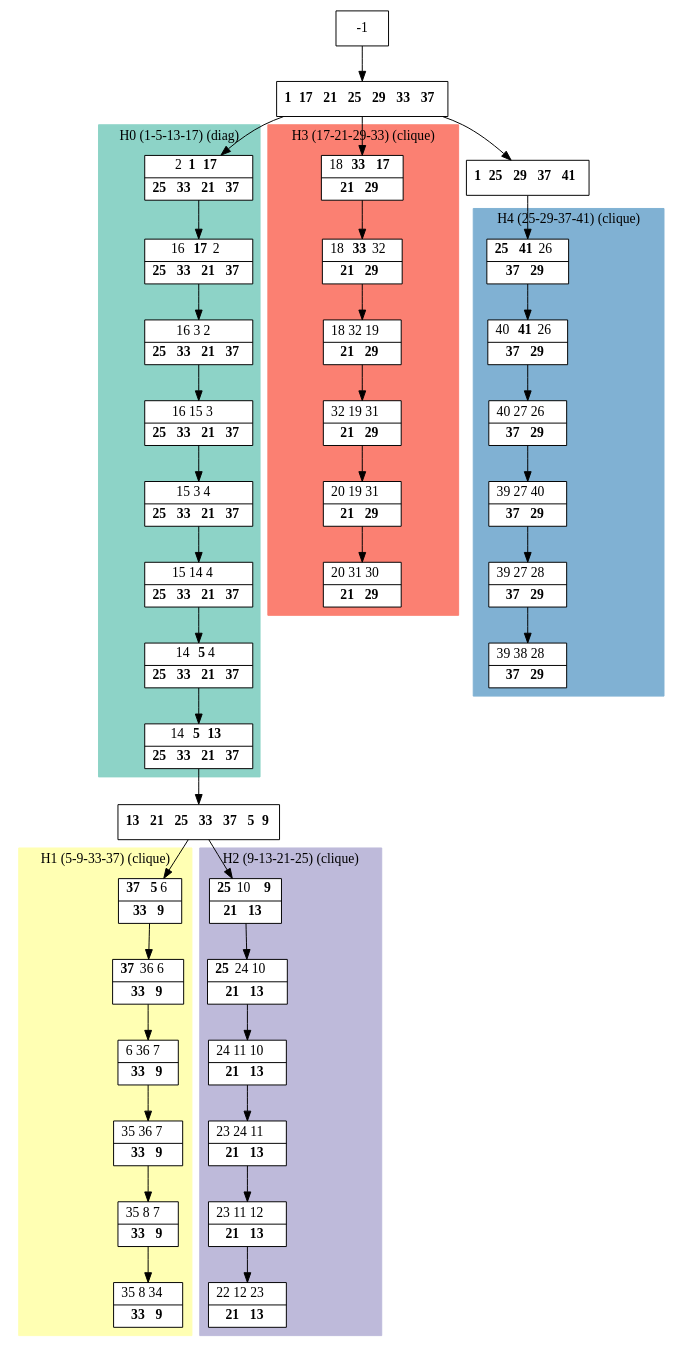
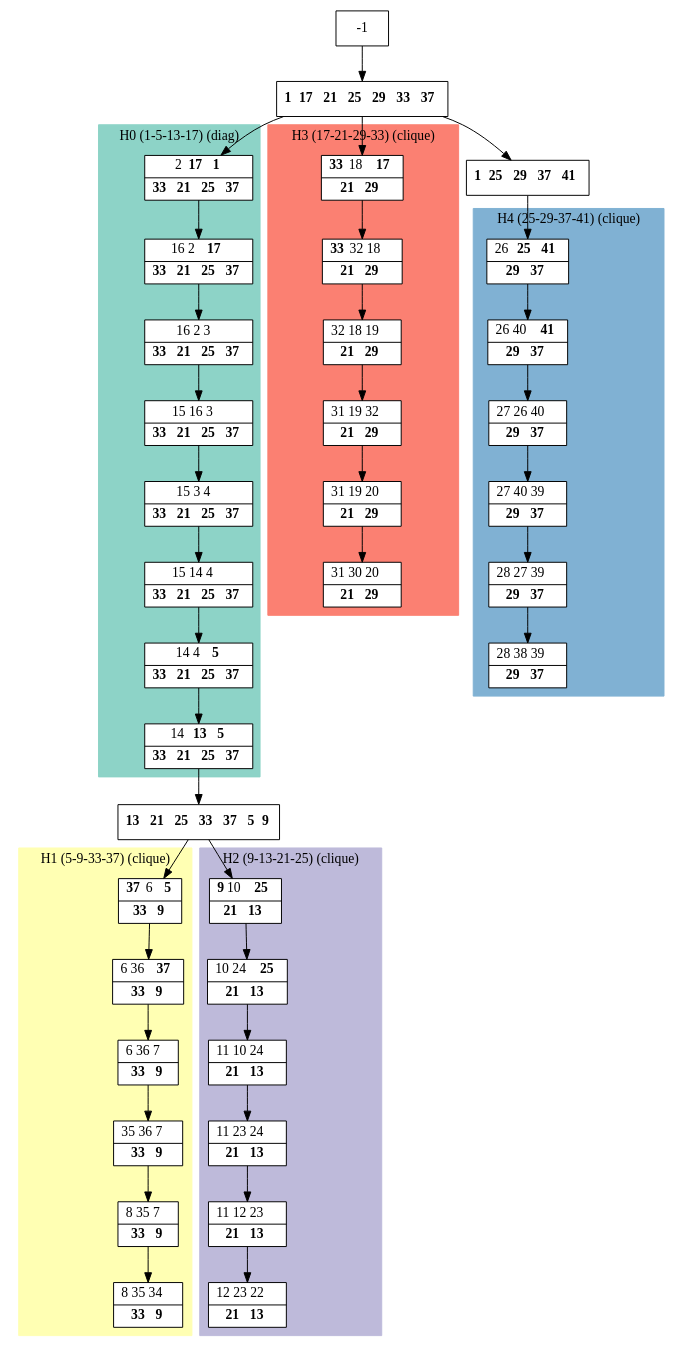
One commit to bmarchand/auto-dp changed the diagram in results/dot_files/processed_C5.dot. Above: the diagram before and after it, drawn with Graphviz. The commit also changed 56 other files, not shown here.

```diff
--- a/results/dot_files/processed_C5.dot
+++ b/results/dot_files/processed_C5.dot
@@ -1,86 +1,86 @@
 digraph G {
     node [shape=box];
     subgraph cluster0 {
         node [style=filled,fillcolor=white];
         labeljust="l";
         style=filled;
         color="#8DD3C7";
         H0_0 -> H0_1 -> H0_2 -> H0_3 -> H0_4 -> H0_5 -> H0_6 -> H0_7;
         label="H0 (1-5-13-17) (diag)";
     }
     subgraph cluster1 {
         node [style=filled,fillcolor=white];
         labeljust="l";
         style=filled;
         color="#FFFFB3";
         H1_0 -> H1_1 -> H1_2 -> H1_3 -> H1_4 -> H1_5;
         label="H1 (5-9-33-37) (clique)";
     }
     subgraph cluster2 {
         node [style=filled,fillcolor=white];
         labeljust="l";
         style=filled;
         color="#BEBADA";
         H2_0 -> H2_1 -> H2_2 -> H2_3 -> H2_4 -> H2_5;
         label="H2 (9-13-21-25) (clique)";
     }
     subgraph cluster3 {
         node [style=filled,fillcolor=white];
         labeljust="l";
         style=filled;
         color="#FB8072";
         H3_0 -> H3_1 -> H3_2 -> H3_3 -> H3_4 -> H3_5;
         label="H3 (17-21-29-33) (clique)";
     }
     subgraph cluster4 {
         node [style=filled,fillcolor=white];
         labeljust="l";
         style=filled;
         color="#80B1D3";
         H4_0 -> H4_1 -> H4_2 -> H4_3 -> H4_4 -> H4_5;
         label="H4 (25-29-37-41) (clique)";
     }
      1 [shape=record,label= <{ <b>1</b> <b>17</b> <b>21</b> <b>25</b> <b>29</b> <b>33</b> <b>37</b>}> ];
      -1  ->  1;
-     H0_0 [shape=record,label= <{ 2 <b>1</b> <b>17</b>|  <b>25</b> <b>33</b> <b>21</b> <b>37</b>}> ];
+     H0_0 [shape=record,label= <{ 2 <b>17</b> <b>1</b>|  <b>33</b> <b>21</b> <b>25</b> <b>37</b>}> ];
      1  ->  H0_0;
-     H0_1 [shape=record,label= <{ 16 <b>17</b> 2|  <b>25</b> <b>33</b> <b>21</b> <b>37</b>}> ];
-     H0_2 [shape=record,label= <{ 16 3 2|  <b>25</b> <b>33</b> <b>21</b> <b>37</b>}> ];
-     H0_3 [shape=record,label= <{ 16 15 3|  <b>25</b> <b>33</b> <b>21</b> <b>37</b>}> ];
-     H0_4 [shape=record,label= <{ 15 3 4|  <b>25</b> <b>33</b> <b>21</b> <b>37</b>}> ];
-     H0_5 [shape=record,label= <{ 15 14 4|  <b>25</b> <b>33</b> <b>21</b> <b>37</b>}> ];
-     H0_6 [shape=record,label= <{ 14 <b>5</b> 4|  <b>25</b> <b>33</b> <b>21</b> <b>37</b>}> ];
-     H0_7 [shape=record,label= <{ 14 <b>5</b> <b>13</b>|  <b>25</b> <b>33</b> <b>21</b> <b>37</b>}> ];
+     H0_1 [shape=record,label= <{ 16 2 <b>17</b>|  <b>33</b> <b>21</b> <b>25</b> <b>37</b>}> ];
+     H0_2 [shape=record,label= <{ 16 2 3|  <b>33</b> <b>21</b> <b>25</b> <b>37</b>}> ];
+     H0_3 [shape=record,label= <{ 15 16 3|  <b>33</b> <b>21</b> <b>25</b> <b>37</b>}> ];
+     H0_4 [shape=record,label= <{ 15 3 4|  <b>33</b> <b>21</b> <b>25</b> <b>37</b>}> ];
+     H0_5 [shape=record,label= <{ 15 14 4|  <b>33</b> <b>21</b> <b>25</b> <b>37</b>}> ];
+     H0_6 [shape=record,label= <{ 14 4 <b>5</b>|  <b>33</b> <b>21</b> <b>25</b> <b>37</b>}> ];
+     H0_7 [shape=record,label= <{ 14 <b>13</b> <b>5</b>|  <b>33</b> <b>21</b> <b>25</b> <b>37</b>}> ];
      6 [shape=record,label= <{ <b>13</b> <b>21</b> <b>25</b> <b>33</b> <b>37</b> <b>5</b> <b>9</b>}> ];
      H0_7  ->  6;
-     H1_0 [shape=record,label= <{ <b>37</b> <b>5</b> 6|  <b>33</b> <b>9</b>}> ];
+     H1_0 [shape=record,label= <{ <b>37</b> 6 <b>5</b>|  <b>33</b> <b>9</b>}> ];
      6  ->  H1_0;
-     H1_1 [shape=record,label= <{ <b>37</b> 36 6|  <b>33</b> <b>9</b>}> ];
+     H1_1 [shape=record,label= <{ 6 36 <b>37</b>|  <b>33</b> <b>9</b>}> ];
      H1_2 [shape=record,label= <{ 6 36 7|  <b>33</b> <b>9</b>}> ];
      H1_3 [shape=record,label= <{ 35 36 7|  <b>33</b> <b>9</b>}> ];
-     H1_4 [shape=record,label= <{ 35 8 7|  <b>33</b> <b>9</b>}> ];
-     H1_5 [shape=record,label= <{ 35 8 34|  <b>33</b> <b>9</b>}> ];
-     H2_0 [shape=record,label= <{ <b>25</b> 10 <b>9</b>|  <b>21</b> <b>13</b>}> ];
+     H1_4 [shape=record,label= <{ 8 35 7|  <b>33</b> <b>9</b>}> ];
+     H1_5 [shape=record,label= <{ 8 35 34|  <b>33</b> <b>9</b>}> ];
+     H2_0 [shape=record,label= <{ <b>9</b> 10 <b>25</b>|  <b>21</b> <b>13</b>}> ];
      6  ->  H2_0;
-     H2_1 [shape=record,label= <{ <b>25</b> 24 10|  <b>21</b> <b>13</b>}> ];
-     H2_2 [shape=record,label= <{ 24 11 10|  <b>21</b> <b>13</b>}> ];
-     H2_3 [shape=record,label= <{ 23 24 11|  <b>21</b> <b>13</b>}> ];
-     H2_4 [shape=record,label= <{ 23 11 12|  <b>21</b> <b>13</b>}> ];
-     H2_5 [shape=record,label= <{ 22 12 23|  <b>21</b> <b>13</b>}> ];
-     H3_0 [shape=record,label= <{ 18 <b>33</b> <b>17</b>|  <b>21</b> <b>29</b>}> ];
+     H2_1 [shape=record,label= <{ 10 24 <b>25</b>|  <b>21</b> <b>13</b>}> ];
+     H2_2 [shape=record,label= <{ 11 10 24|  <b>21</b> <b>13</b>}> ];
+     H2_3 [shape=record,label= <{ 11 23 24|  <b>21</b> <b>13</b>}> ];
+     H2_4 [shape=record,label= <{ 11 12 23|  <b>21</b> <b>13</b>}> ];
+     H2_5 [shape=record,label= <{ 12 23 22|  <b>21</b> <b>13</b>}> ];
+     H3_0 [shape=record,label= <{ <b>33</b> 18 <b>17</b>|  <b>21</b> <b>29</b>}> ];
      1  ->  H3_0;
-     H3_1 [shape=record,label= <{ 18 <b>33</b> 32|  <b>21</b> <b>29</b>}> ];
-     H3_2 [shape=record,label= <{ 18 32 19|  <b>21</b> <b>29</b>}> ];
-     H3_3 [shape=record,label= <{ 32 19 31|  <b>21</b> <b>29</b>}> ];
-     H3_4 [shape=record,label= <{ 20 19 31|  <b>21</b> <b>29</b>}> ];
-     H3_5 [shape=record,label= <{ 20 31 30|  <b>21</b> <b>29</b>}> ];
+     H3_1 [shape=record,label= <{ <b>33</b> 32 18|  <b>21</b> <b>29</b>}> ];
+     H3_2 [shape=record,label= <{ 32 18 19|  <b>21</b> <b>29</b>}> ];
+     H3_3 [shape=record,label= <{ 31 19 32|  <b>21</b> <b>29</b>}> ];
+     H3_4 [shape=record,label= <{ 31 19 20|  <b>21</b> <b>29</b>}> ];
+     H3_5 [shape=record,label= <{ 31 30 20|  <b>21</b> <b>29</b>}> ];
      31 [shape=record,label= <{ <b>1</b> <b>25</b> <b>29</b> <b>37</b> <b>41</b>}> ];
      1  ->  31;
-     H4_0 [shape=record,label= <{ <b>25</b> <b>41</b> 26|  <b>37</b> <b>29</b>}> ];
+     H4_0 [shape=record,label= <{ 26 <b>25</b> <b>41</b>|  <b>29</b> <b>37</b>}> ];
      31  ->  H4_0;
-     H4_1 [shape=record,label= <{ 40 <b>41</b> 26|  <b>37</b> <b>29</b>}> ];
-     H4_2 [shape=record,label= <{ 40 27 26|  <b>37</b> <b>29</b>}> ];
-     H4_3 [shape=record,label= <{ 39 27 40|  <b>37</b> <b>29</b>}> ];
-     H4_4 [shape=record,label= <{ 39 27 28|  <b>37</b> <b>29</b>}> ];
-     H4_5 [shape=record,label= <{ 39 38 28|  <b>37</b> <b>29</b>}> ];
+     H4_1 [shape=record,label= <{ 26 40 <b>41</b>|  <b>29</b> <b>37</b>}> ];
+     H4_2 [shape=record,label= <{ 27 26 40|  <b>29</b> <b>37</b>}> ];
+     H4_3 [shape=record,label= <{ 27 40 39|  <b>29</b> <b>37</b>}> ];
+     H4_4 [shape=record,label= <{ 28 27 39|  <b>29</b> <b>37</b>}> ];
+     H4_5 [shape=record,label= <{ 28 38 39|  <b>29</b> <b>37</b>}> ];
 }
```
